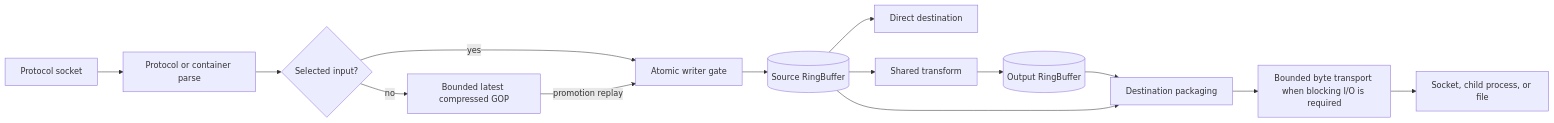
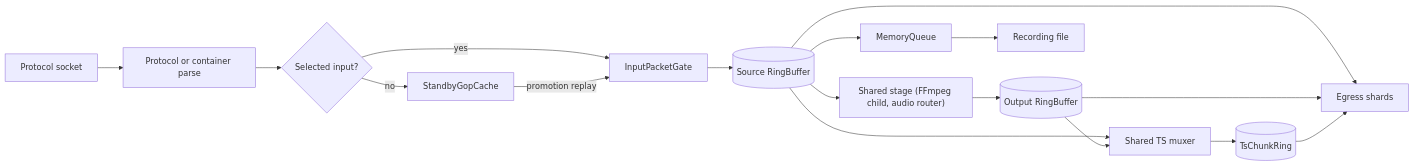
Before and after one commit to krsna1729/restream: the diagram in docs/high-performance-data-path.md, drawn with Mermaid. The commit also changed other lines of this file and 26 other files, not shown here.

First line of the commit message:
docs: rewrite every page against current source, with diagrams (#372)

````diff
--- a/docs/high-performance-data-path.md
+++ b/docs/high-performance-data-path.md
@@ -19,16 +22,19 @@
 ```mermaid
 flowchart LR
     Socket["Protocol socket"] --> Parse["Protocol or container parse"]
     Parse --> Choice{"Selected input?"}
-    Choice -->|"yes"| Gate["Atomic writer gate"]
-    Choice -->|"no"| Cache["Bounded latest compressed GOP"]
+    Choice -->|"yes"| Gate["InputPacketGate"]
+    Choice -->|"no"| Cache["StandbyGopCache"]
     Cache -->|"promotion replay"| Gate
     Gate --> Source[("Source RingBuffer")]
-    Source --> Direct["Direct destination"]
-    Source --> Stage["Shared transform"]
+    Source --> Stage["Shared stage (FFmpeg child, audio router)"]
     Stage --> Output[("Output RingBuffer")]
-    Output --> Package["Destination packaging"]
-    Source --> Package
-    Package --> Queue["Bounded byte transport when blocking I/O is required"]
-    Queue --> Sink["Socket, child process, or file"]
+    Source --> Mux["Shared TS muxer"]
+    Output --> Mux
+    Mux --> Ts[("TsChunkRing")]
+    Source --> Shards["Egress shards"]
+    Output --> Shards
+    Ts --> Shards
+    Source --> Queue["MemoryQueue"]
+    Queue --> File["Recording file"]
 ```
````
